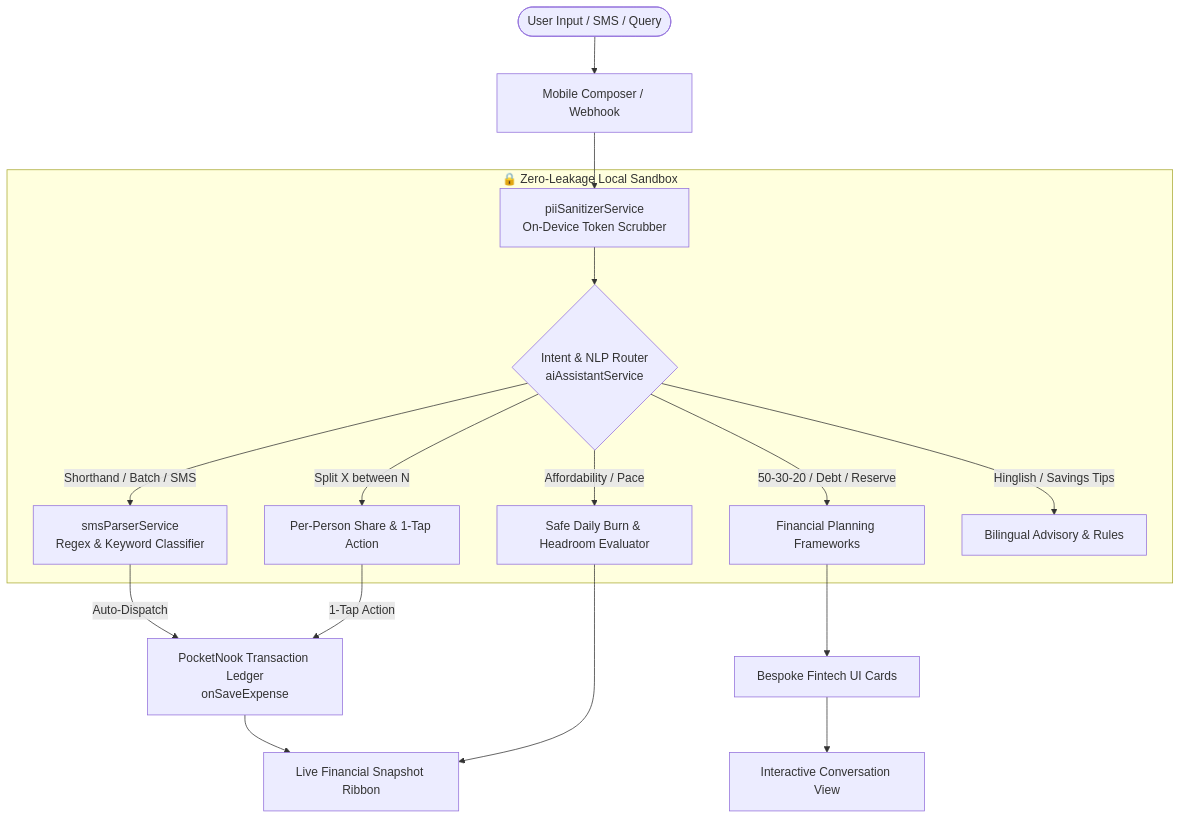
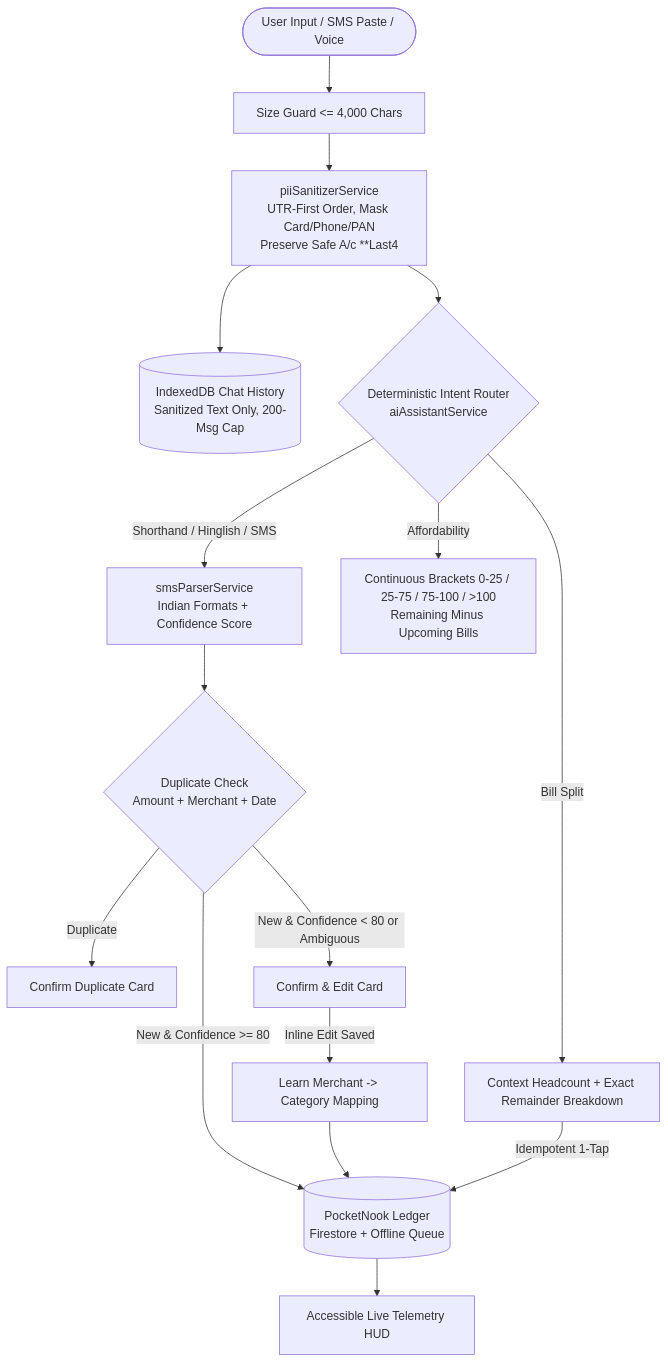
One commit to alwaysrajshinde/PocketNook-QA changed the diagram in docs/whatsapp-assistant-implementation-and-design.md. Above: the diagram before and after it, drawn with Mermaid. The commit also changed other lines of this file and 11 other files, not shown here.

Commit message:
feat(chat): implement P0/P1 review fixes (parser, confidence, IndexedDB, a11y, spec)

````diff
--- a/docs/whatsapp-assistant-implementation-and-design.md
+++ b/docs/whatsapp-assistant-implementation-and-design.md
@@ -28,21 +24,21 @@
 ```mermaid
 flowchart TD
-    User([User Input / SMS / Query]) --> InputComposer[Mobile Composer / Webhook]
-    InputComposer --> PIIScrubber[piiSanitizerService\nOn-Device Token Scrubber]
-    
-    subgraph Privacy_Boundary ["🔒 Zero-Leakage Local Sandbox"]
-        PIIScrubber --> Engine{Intent & NLP Router\naiAssistantService}
-        Engine -->|Shorthand / Batch / SMS| SMSParser[smsParserService\nRegex & Keyword Classifier]
-        Engine -->|Affordability / Pace| BudgetLogic[Safe Daily Burn & Headroom Evaluator]
-        Engine -->|Split X between N| BillSplitEngine[Per-Person Share & 1-Tap Action]
-        Engine -->|50-30-20 / Debt / Reserve| WealthAdvisory[Financial Planning Frameworks]
-        Engine -->|Hinglish / Savings Tips| ConversationalEngine[Bilingual Advisory & Rules]
-    end
+    User([User Input / SMS Paste / Voice]) --> SizeCap[Size Guard <= 4,000 Chars]
+    SizeCap --> Masker[piiSanitizerService\nUTR-First Order, Mask Card/Phone/PAN\nPreserve Safe A/c **Last4]
+    Masker --> IDB[(IndexedDB Chat History\nSanitized Text Only, 200-Msg Cap)]
 
-    SMSParser -->|Auto-Dispatch| Ledger[PocketNook Transaction Ledger\nonSaveExpense]
-    BillSplitEngine -->|1-Tap Action| Ledger
-    Ledger --> LiveHUD[Live Financial Snapshot Ribbon]
-    BudgetLogic --> LiveHUD
-    WealthAdvisory --> RichCards[Bespoke Fintech UI Cards]
-    RichCards --> ChatThread[Interactive Conversation View]
+    Masker --> Router{Deterministic Intent Router\naiAssistantService}
+    Router -->|Shorthand / Hinglish / SMS| Parser[smsParserService\nIndian Formats + Confidence Score]
+    Router -->|Affordability| Afford[Continuous Brackets 0-25 / 25-75 / 75-100 / >100\nRemaining Minus Upcoming Bills]
+    Router -->|Bill Split| Split[Context Headcount + Exact Remainder Breakdown]
+
+    Parser --> DupCheck{Duplicate Check\nAmount + Merchant + Date}
+    DupCheck -->|Duplicate| ConfirmDup[Confirm Duplicate Card]
+    DupCheck -->|New & Confidence < 80 or Ambiguous| ConfirmEdit[Confirm & Edit Card]
+    DupCheck -->|New & Confidence >= 80| Ledger[(PocketNook Ledger\nFirestore + Offline Queue)]
+
+    ConfirmEdit -->|Inline Edit Saved| Learn[Learn Merchant -> Category Mapping]
+    Learn --> Ledger
+    Split -->|Idempotent 1-Tap| Ledger
+    Ledger --> HUD[Accessible Live Telemetry HUD]
 ```
````
